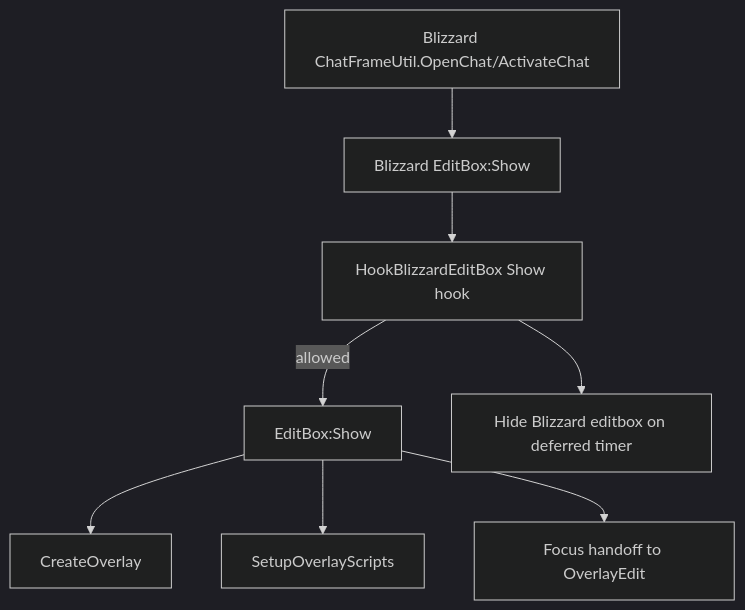
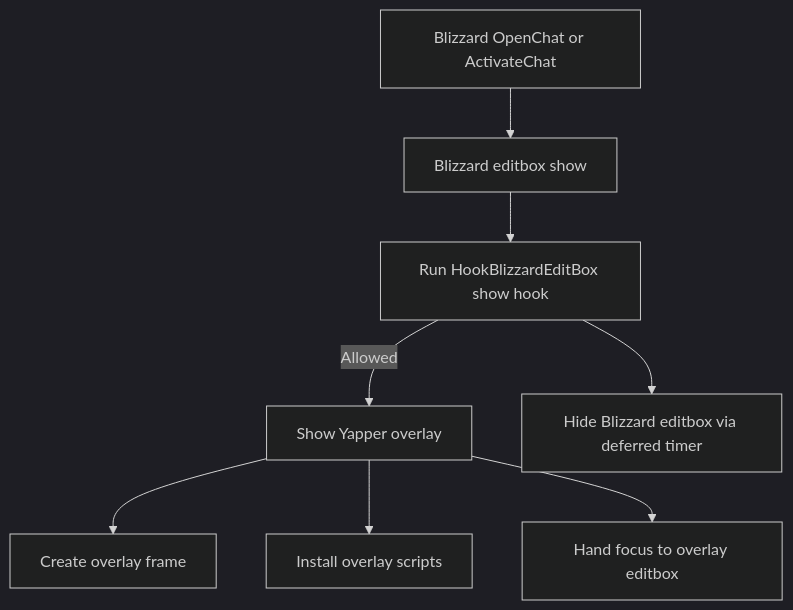
The third of 5 diagrams in Documentation/Architecture.md (TenaarFeiri/WoW-Yapper), drawn with Mermaid (dark theme) before and after one commit. The commit also changed other lines of this file and 1 other file, not shown here.

First line of the commit message:
docs: fix architecture mermaid parse robustness and expand yallm internals detail

````diff
--- a/Documentation/Architecture.md
+++ b/Documentation/Architecture.md
@@ -134,10 +134,10 @@
 ```mermaid
 flowchart TD
-    B1[Blizzard ChatFrameUtil.OpenChat/ActivateChat] --> B2[Blizzard EditBox:Show]
-    B2 --> H[HookBlizzardEditBox Show hook]
-    H -->|allowed| YS[EditBox:Show]
-    YS --> O1[CreateOverlay]
-    YS --> O2[SetupOverlayScripts]
-    YS --> O3[Focus handoff to OverlayEdit]
-    H --> B3[Hide Blizzard editbox on deferred timer]
+    B1["Blizzard OpenChat or ActivateChat"] --> B2["Blizzard editbox show"]
+    B2 --> H["Run HookBlizzardEditBox show hook"]
+    H -->|Allowed| YS["Show Yapper overlay"]
+    YS --> O1["Create overlay frame"]
+    YS --> O2["Install overlay scripts"]
+    YS --> O3["Hand focus to overlay editbox"]
+    H --> B3["Hide Blizzard editbox via deferred timer"]
 ```
````
